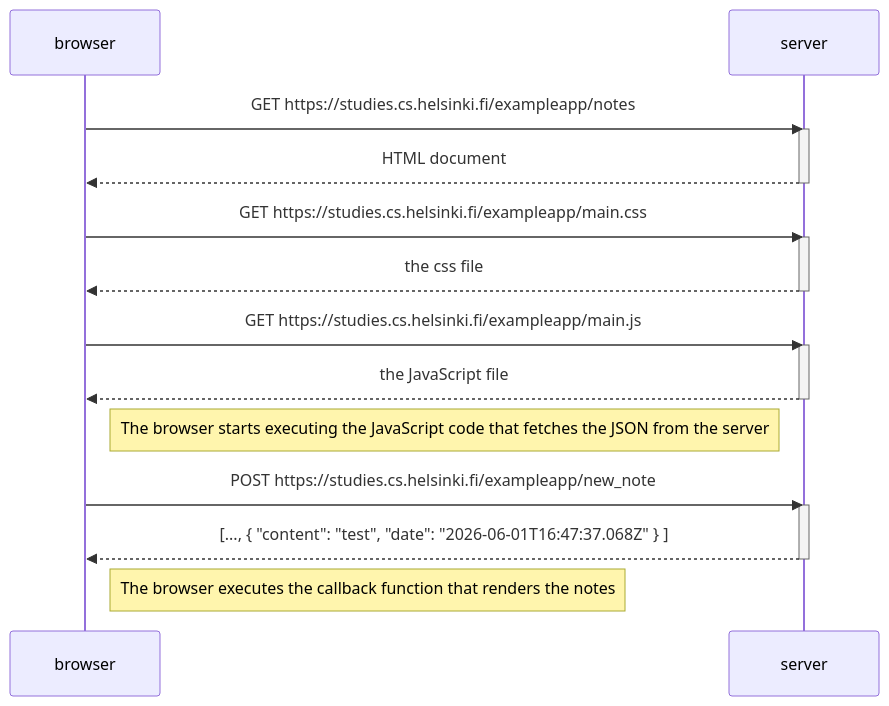
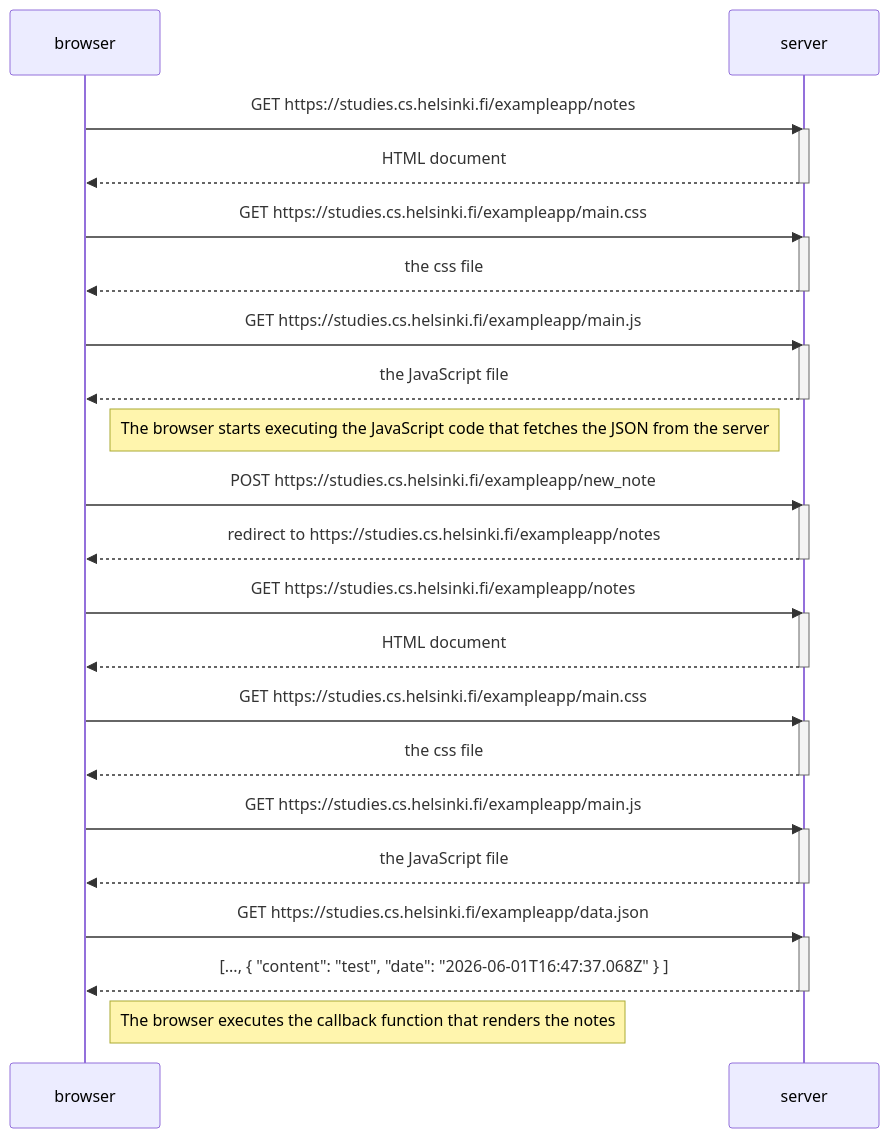
The diagram in part0/exe_0.4.md (311i0tbtw/full-stack-open), drawn with Mermaid before and after one commit.

Commit message:
finished exe_0.4.md

````diff
--- a/part0/exe_0.4.md
+++ b/part0/exe_0.4.md
@@ -1,29 +1,49 @@
 ```mermaid
 sequenceDiagram
     participant browser
     participant server
 
     browser->>server: GET https://studies.cs.helsinki.fi/exampleapp/notes
     activate server
     server-->>browser: HTML document
     deactivate server
 
     browser->>server: GET https://studies.cs.helsinki.fi/exampleapp/main.css
     activate server
     server-->>browser: the css file
     deactivate server
 
     browser->>server: GET https://studies.cs.helsinki.fi/exampleapp/main.js
     activate server
     server-->>browser: the JavaScript file
     deactivate server
 
     Note right of browser: The browser starts executing the JavaScript code that fetches the JSON from the server
 
     browser->>server: POST https://studies.cs.helsinki.fi/exampleapp/new_note
     activate server
+    server-->>browser: redirect to https://studies.cs.helsinki.fi/exampleapp/notes
+    deactivate server
+
+    browser->>server: GET https://studies.cs.helsinki.fi/exampleapp/notes
+    activate server
+    server-->>browser: HTML document
+    deactivate server
+
+    browser->>server: GET https://studies.cs.helsinki.fi/exampleapp/main.css
+    activate server
+    server-->>browser: the css file
+    deactivate server
+
+    browser->>server: GET https://studies.cs.helsinki.fi/exampleapp/main.js
+    activate server
+    server-->>browser: the JavaScript file
+    deactivate server
+
+    browser->>server: GET https://studies.cs.helsinki.fi/exampleapp/data.json
+    activate server
     server-->>browser: [..., { "content": "test", "date": "2026-06-01T16:47:37.068Z" } ]
     deactivate server
 
     Note right of browser: The browser executes the callback function that renders the notes
 ```
````
